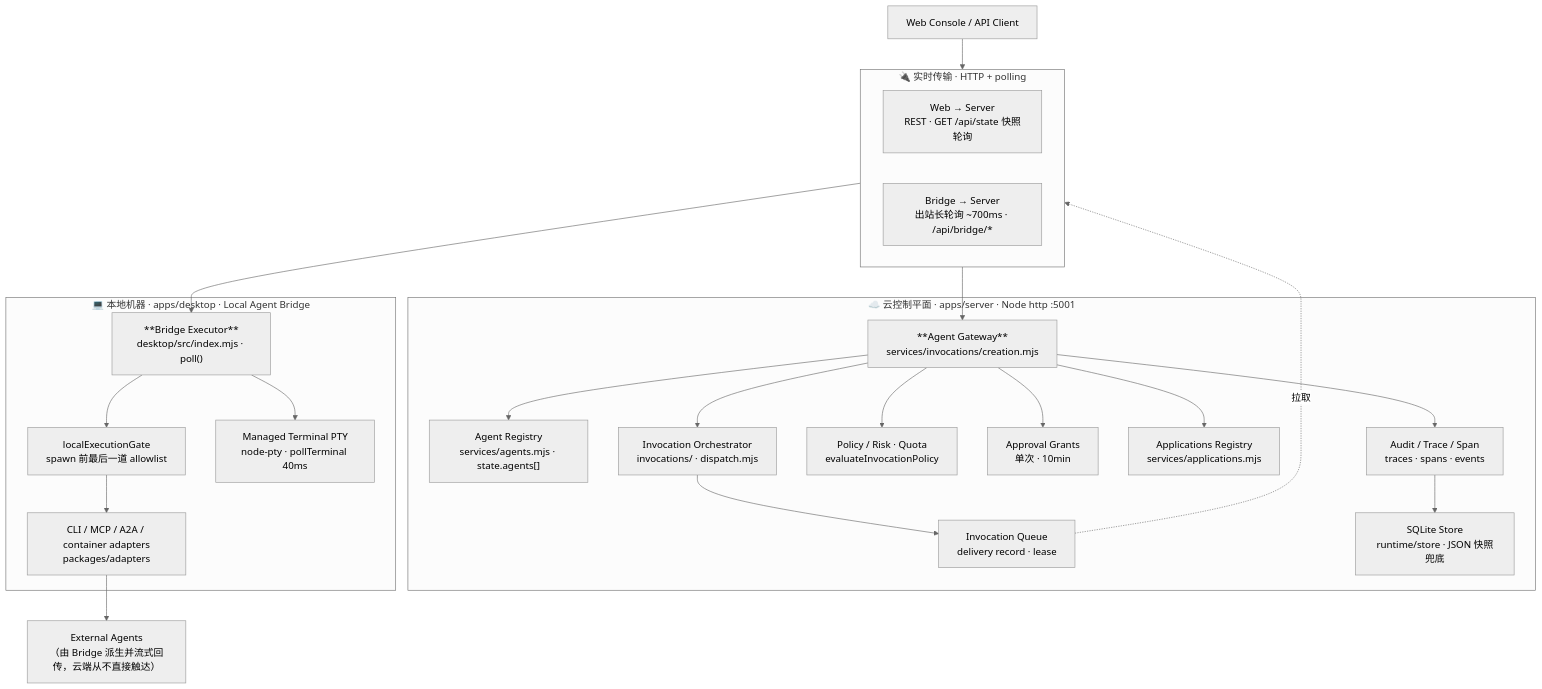
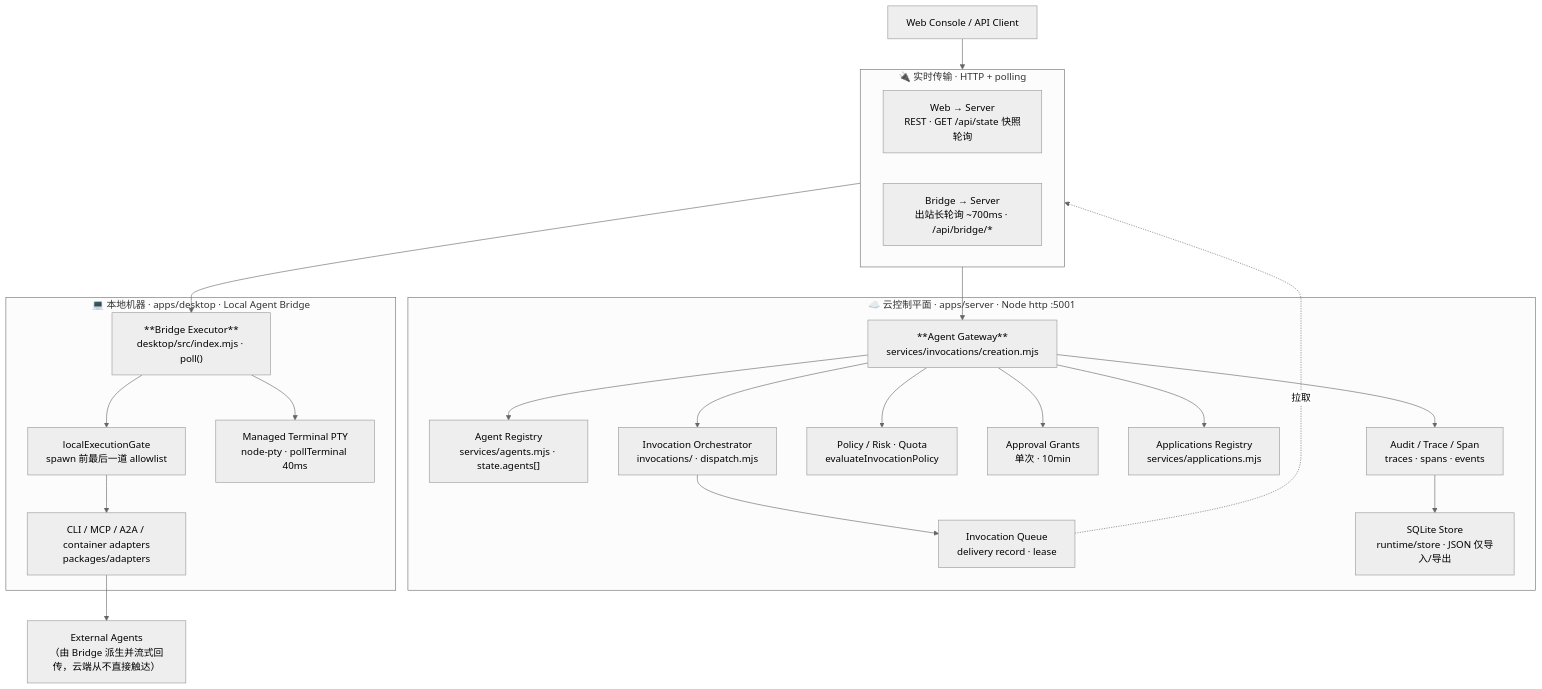
One commit to perly6185-lab/myagenttool changed the first of 2 diagrams in docs/ARCHITECTURE_OVERVIEW.md. Above: the diagram before and after it, drawn with Mermaid (neutral theme). The commit also changed 15 other files, not shown here.

````diff
--- a/docs/ARCHITECTURE_OVERVIEW.md
+++ b/docs/ARCHITECTURE_OVERVIEW.md
@@ -47,35 +47,35 @@
 ```mermaid
 flowchart TB
     subgraph CLOUD["☁️ 云控制平面 · apps/server · Node http :5001"]
         GW["**Agent Gateway**<br/>services/invocations/creation.mjs"]
         REG["Agent Registry<br/>services/agents.mjs · state.agents[]"]
         ORCH["Invocation Orchestrator<br/>invocations/ · dispatch.mjs"]
         QUEUE["Invocation Queue<br/>delivery record · lease"]
         POL["Policy / Risk · Quota<br/>evaluateInvocationPolicy"]
         GRANT["Approval Grants<br/>单次 · 10min"]
         APP["Applications Registry<br/>services/applications.mjs"]
         AUD["Audit / Trace / Span<br/>traces · spans · events"]
-        STORE["SQLite Store<br/>runtime/store · JSON 快照兜底"]
+        STORE["SQLite Store<br/>runtime/store · JSON 仅导入/导出"]
     end
 
     subgraph XPORT["🔌 实时传输 · HTTP + polling"]
         direction LR
         T1["Web → Server<br/>REST · GET /api/state 快照轮询"]
         T2["Bridge → Server<br/>出站长轮询 ~700ms · /api/bridge/*"]
     end
 
     subgraph LOCAL["💻 本地机器 · apps/desktop · Local Agent Bridge"]
         EXEC["**Bridge Executor**<br/>desktop/src/index.mjs · poll()"]
         LGATE["localExecutionGate<br/>spawn 前最后一道 allowlist"]
         AD["CLI / MCP / A2A / container adapters<br/>packages/adapters"]
         PTY["Managed Terminal PTY<br/>node-pty · pollTerminal 40ms"]
     end
 
     WEB["Web Console / API Client"] --> T1 --> GW
     GW --> REG & ORCH & POL & GRANT & APP
     ORCH --> QUEUE
     GW --> AUD --> STORE
     QUEUE -. 拉取 .-> T2 --> EXEC
     EXEC --> LGATE --> AD --> AGENTS["External Agents<br/>（由 Bridge 派生并流式回传，云端从不直接触达）"]
     EXEC --> PTY
 ```
````
